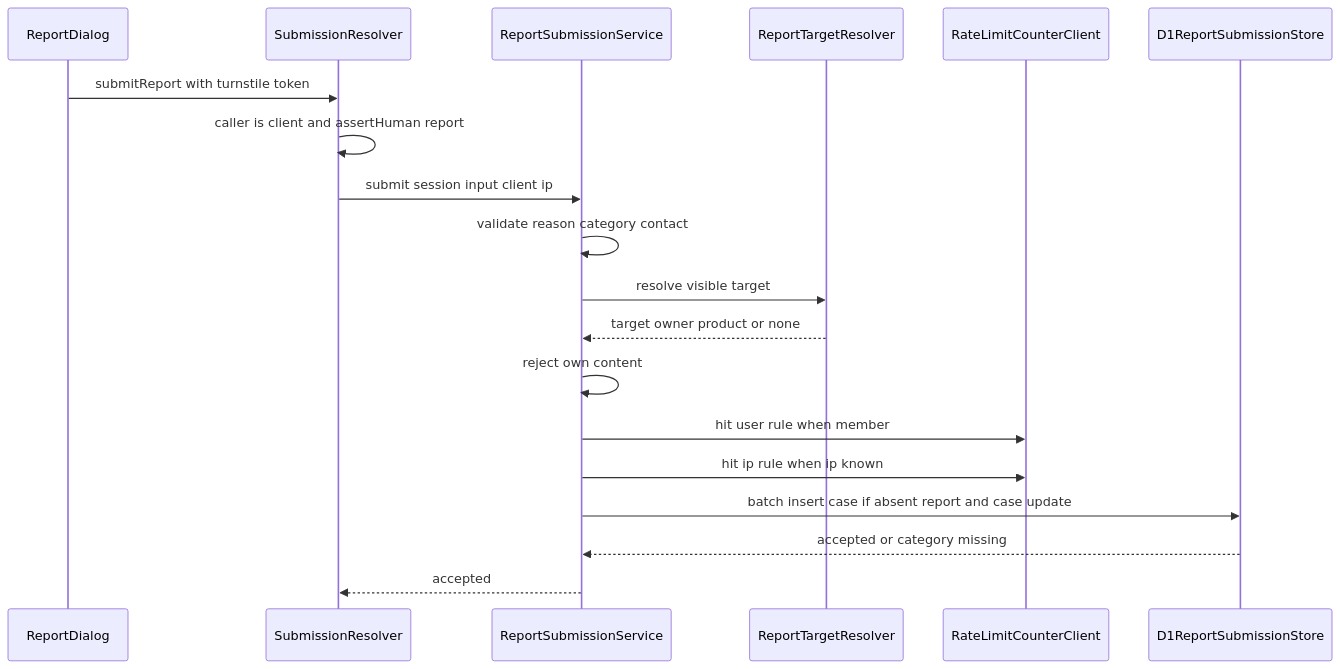
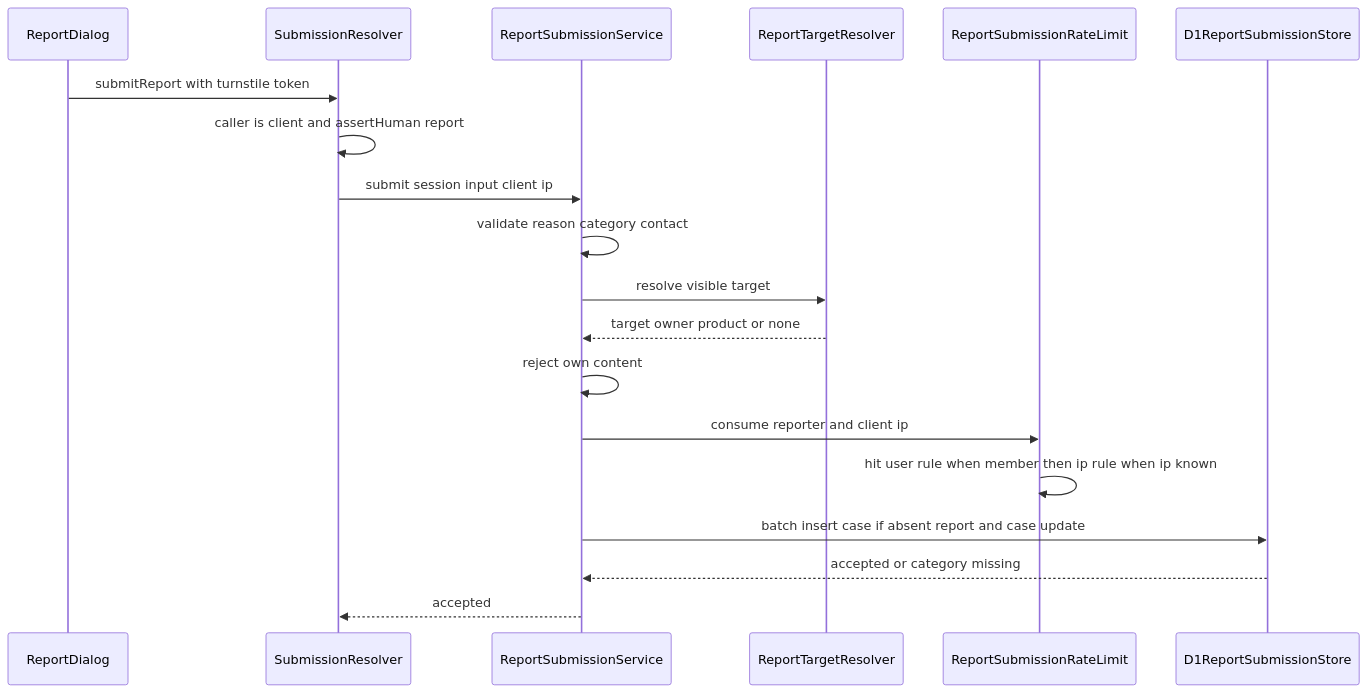
The second of 6 diagrams in .kiro/specs/content-reporting/design.md (kurachiweb/genai-example-2-launch-platform), drawn with Mermaid before and after one commit. The commit also changed other lines of this file and 3 other files, not shown here.

````diff
--- a/.kiro/specs/content-reporting/design.md
+++ b/.kiro/specs/content-reporting/design.md
@@ -327,21 +334,21 @@
 ```mermaid
 sequenceDiagram
     participant D as ReportDialog
     participant R as SubmissionResolver
     participant S as ReportSubmissionService
     participant T as ReportTargetResolver
-    participant L as RateLimitCounterClient
+    participant L as ReportSubmissionRateLimit
     participant W as D1ReportSubmissionStore
     D->>R: submitReport with turnstile token
     R->>R: caller is client and assertHuman report
     R->>S: submit session input client ip
     S->>S: validate reason category contact
     S->>T: resolve visible target
     T-->>S: target owner product or none
     S->>S: reject own content
-    S->>L: hit user rule when member
-    S->>L: hit ip rule when ip known
+    S->>L: consume reporter and client ip
+    L->>L: hit user rule when member then ip rule when ip known
     S->>W: batch insert case if absent report and case update
     W-->>S: accepted or category missing
     S-->>R: accepted
 ```
````
